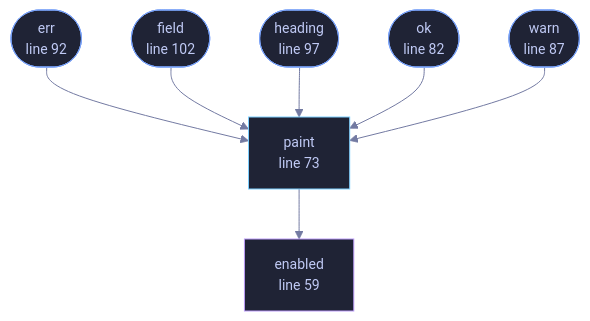
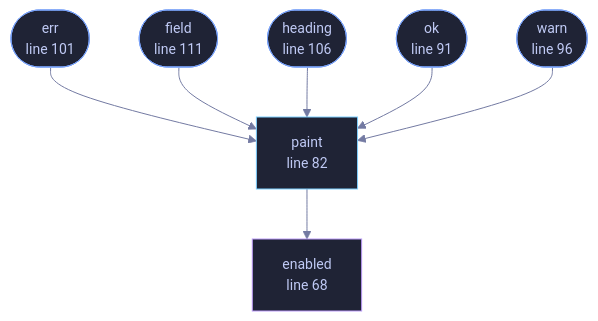
The diagram in docs/files/veilvoice-cli/theme.md (tilas01/veilvoice), drawn with Mermaid before and after one commit. The commit also changed other lines of this file and 487 other files, not shown here.

````diff
--- a/docs/files/veilvoice-cli/theme.md
+++ b/docs/files/veilvoice-cli/theme.md
@@ -85,30 +95,30 @@
 ```mermaid
 %%{init: {"theme":"base","themeVariables":{"background":"#1a1b26","primaryColor":"#1f2335","primaryTextColor":"#c0caf5","primaryBorderColor":"#7aa2f7","secondaryColor":"#16161e","tertiaryColor":"#16161e","lineColor":"#737aa2","textColor":"#c0caf5","mainBkg":"#1f2335","nodeBorder":"#7aa2f7","clusterBkg":"#16161e","clusterBorder":"#2f3549","fontFamily":"ui-monospace, SFMono-Regular, Consolas, monospace","fontSize":"14px"}}}%%
 flowchart TD
-    n_enabled["enabled<br/>line 59"]
-    n_paint["paint<br/>line 73"]
-    n_ok(["ok<br/>line 82"])
-    n_warn(["warn<br/>line 87"])
-    n_err(["err<br/>line 92"])
-    n_heading(["heading<br/>line 97"])
-    n_field(["field<br/>line 102"])
+    n_enabled["enabled<br/>line 68"]
+    n_paint["paint<br/>line 82"]
+    n_ok(["ok<br/>line 91"])
+    n_warn(["warn<br/>line 96"])
+    n_err(["err<br/>line 101"])
+    n_heading(["heading<br/>line 106"])
+    n_field(["field<br/>line 111"])
     n_err --> n_paint
     n_field --> n_paint
     n_heading --> n_paint
     n_ok --> n_paint
     n_paint --> n_enabled
     n_warn --> n_paint
-    click n_enabled href "https://github.com/tilas01/veilvoice/blob/main/crates/veilvoice-cli/src/theme.rs#L59" "open the source"
-    click n_paint href "https://github.com/tilas01/veilvoice/blob/main/crates/veilvoice-cli/src/theme.rs#L73" "open the source"
-    click n_ok href "https://github.com/tilas01/veilvoice/blob/main/crates/veilvoice-cli/src/theme.rs#L82" "open the source"
-    click n_warn href "https://github.com/tilas01/veilvoice/blob/main/crates/veilvoice-cli/src/theme.rs#L87" "open the source"
-    click n_err href "https://github.com/tilas01/veilvoice/blob/main/crates/veilvoice-cli/src/theme.rs#L92" "open the source"
-    click n_heading href "https://github.com/tilas01/veilvoice/blob/main/crates/veilvoice-cli/src/theme.rs#L97" "open the source"
-    click n_field href "https://github.com/tilas01/veilvoice/blob/main/crates/veilvoice-cli/src/theme.rs#L102" "open the source"
+    click n_enabled href "https://github.com/tilas01/veilvoice/blob/main/crates/veilvoice-cli/src/theme.rs#L68" "open the source"
+    click n_paint href "https://github.com/tilas01/veilvoice/blob/main/crates/veilvoice-cli/src/theme.rs#L82" "open the source"
+    click n_ok href "https://github.com/tilas01/veilvoice/blob/main/crates/veilvoice-cli/src/theme.rs#L91" "open the source"
+    click n_warn href "https://github.com/tilas01/veilvoice/blob/main/crates/veilvoice-cli/src/theme.rs#L96" "open the source"
+    click n_err href "https://github.com/tilas01/veilvoice/blob/main/crates/veilvoice-cli/src/theme.rs#L101" "open the source"
+    click n_heading href "https://github.com/tilas01/veilvoice/blob/main/crates/veilvoice-cli/src/theme.rs#L106" "open the source"
+    click n_field href "https://github.com/tilas01/veilvoice/blob/main/crates/veilvoice-cli/src/theme.rs#L111" "open the source"
     classDef entry fill:#1f2335,stroke:#7aa2f7,color:#c0caf5
     class n_ok,n_warn,n_err,n_heading,n_field entry
     classDef api fill:#1f2335,stroke:#7dcfff,color:#c0caf5
     class n_paint api
     classDef helper fill:#1f2335,stroke:#bb9af7,color:#c0caf5
     class n_enabled helper
 ```
````
